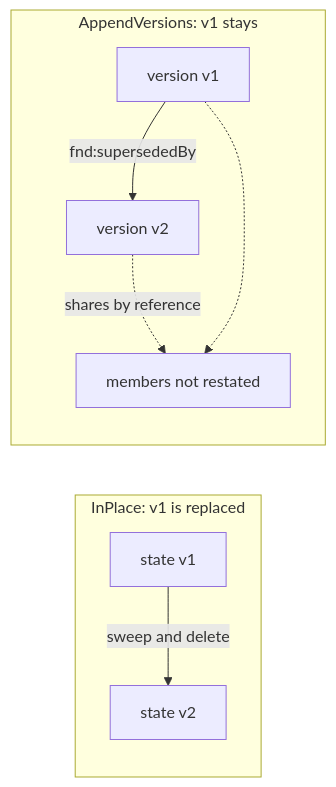
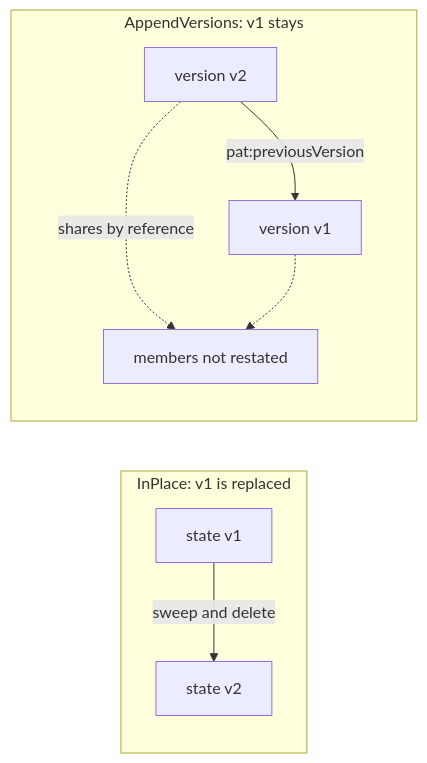
Before and after one commit to nebularis/lattice: diagram 13 of 18 in ontology/persistence/README.md, drawn with Mermaid. The commit also changed other lines of this file and 83 other files, not shown here.

First line of the commit message:
[fml] H2.6d, the patch log for in-place families, pat:previousVersion, dal:NoReceipt

````diff
--- a/ontology/persistence/README.md
+++ b/ontology/persistence/README.md
@@ -1023,11 +1040,11 @@
 ```mermaid
 flowchart LR
   subgraph inplace["InPlace: v1 is replaced"]
     A1["state v1"] -- "sweep and delete" --> A2["state v2"]
   end
   subgraph versions["AppendVersions: v1 stays"]
-    B1["version v1"] -- "fnd:supersededBy" --> B2["version v2"]
+    B2["version v2"] -- "pat:previousVersion" --> B1["version v1"]
     B2 -. "shares by reference" .-> M["members not restated"]
     B1 -.-> M
   end
 ```
````
